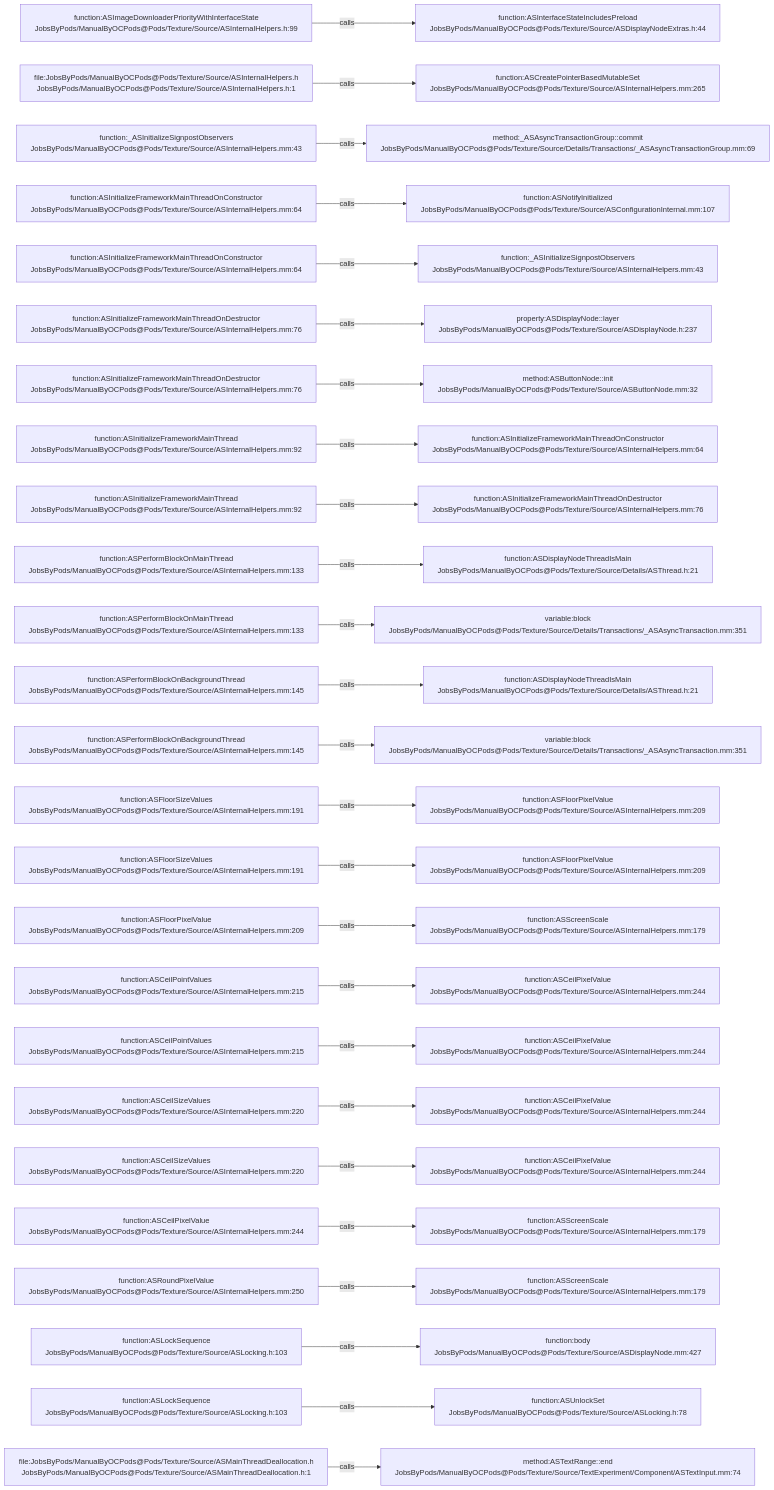
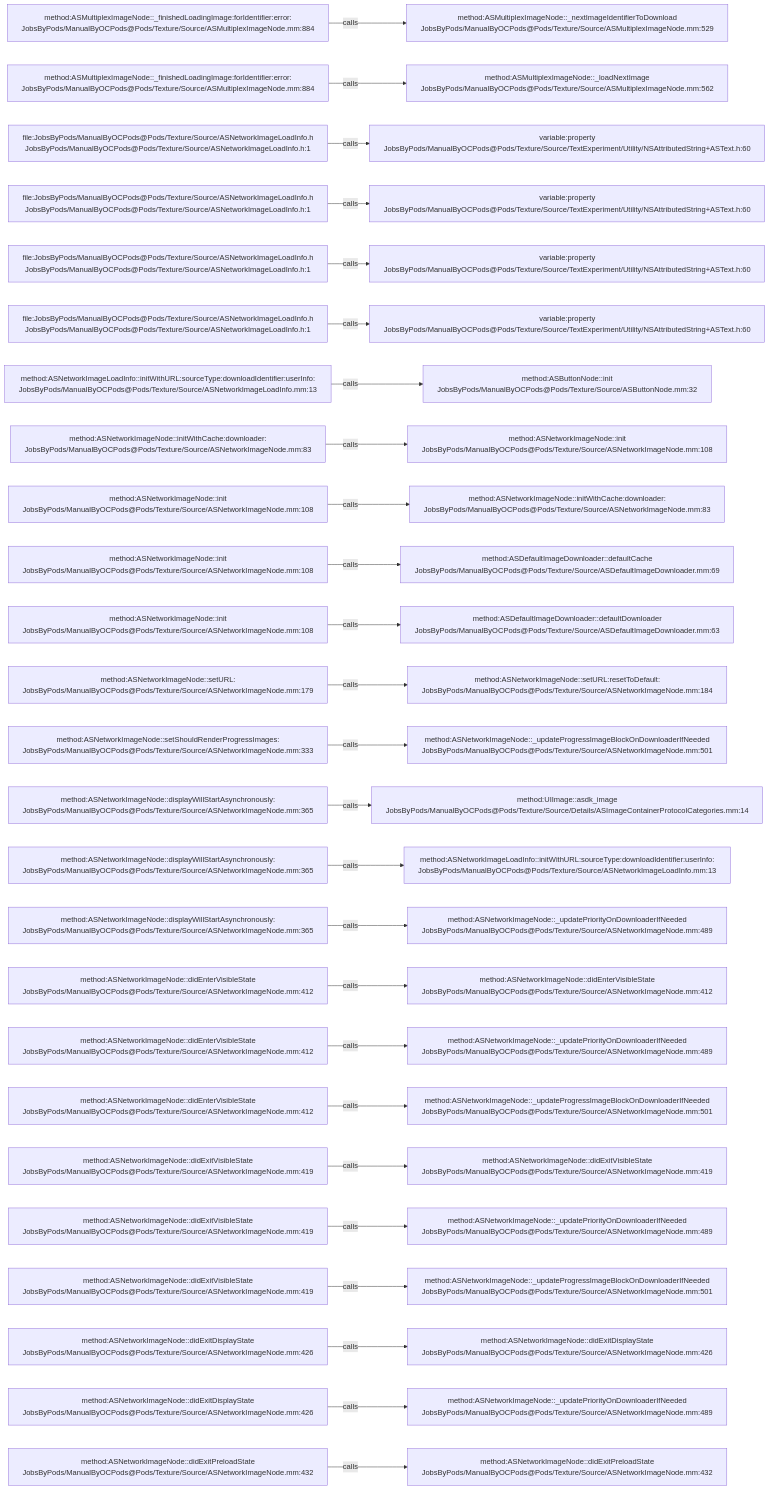
The diagram in .codegraph/codegraph.md/graphs/calls-109.md (JobsKits/JobsOCBaseConfigDemo), drawn with Mermaid before and after one commit. The commit also changed 1448 other files, not shown here.

````diff
--- a/.codegraph/codegraph.md/graphs/calls-109.md
+++ b/.codegraph/codegraph.md/graphs/calls-109.md
@@ -13,78 +13,78 @@
 ```mermaid
 flowchart LR
-  S1["function:ASImageDownloaderPriorityWithInterfaceState<br/>JobsByPods/ManualByOCPods@Pods/Texture/Source/ASInternalHelpers.h:99"]
-  T1["function:ASInterfaceStateIncludesPreload<br/>JobsByPods/ManualByOCPods@Pods/Texture/Source/ASDisplayNodeExtras.h:44"]
+  S1["method:ASMultiplexImageNode::_finishedLoadingImage:forIdentifier:error:<br/>JobsByPods/ManualByOCPods@Pods/Texture/Source/ASMultiplexImageNode.mm:884"]
+  T1["method:ASMultiplexImageNode::_nextImageIdentifierToDownload<br/>JobsByPods/ManualByOCPods@Pods/Texture/Source/ASMultiplexImageNode.mm:529"]
   S1 -->|calls| T1
-  S2["file:JobsByPods/ManualByOCPods@Pods/Texture/Source/ASInternalHelpers.h<br/>JobsByPods/ManualByOCPods@Pods/Texture/Source/ASInternalHelpers.h:1"]
-  T2["function:ASCreatePointerBasedMutableSet<br/>JobsByPods/ManualByOCPods@Pods/Texture/Source/ASInternalHelpers.mm:265"]
+  S2["method:ASMultiplexImageNode::_finishedLoadingImage:forIdentifier:error:<br/>JobsByPods/ManualByOCPods@Pods/Texture/Source/ASMultiplexImageNode.mm:884"]
+  T2["method:ASMultiplexImageNode::_loadNextImage<br/>JobsByPods/ManualByOCPods@Pods/Texture/Source/ASMultiplexImageNode.mm:562"]
   S2 -->|calls| T2
-  S3["function:_ASInitializeSignpostObservers<br/>JobsByPods/ManualByOCPods@Pods/Texture/Source/ASInternalHelpers.mm:43"]
-  T3["method:_ASAsyncTransactionGroup::commit<br/>JobsByPods/ManualByOCPods@Pods/Texture/Source/Details/Transactions/_ASAsyncTransactionGroup.mm:69"]
+  S3["file:JobsByPods/ManualByOCPods@Pods/Texture/Source/ASNetworkImageLoadInfo.h<br/>JobsByPods/ManualByOCPods@Pods/Texture/Source/ASNetworkImageLoadInfo.h:1"]
+  T3["variable:property<br/>JobsByPods/ManualByOCPods@Pods/Texture/Source/TextExperiment/Utility/NSAttributedString+ASText.h:60"]
   S3 -->|calls| T3
-  S4["function:ASInitializeFrameworkMainThreadOnConstructor<br/>JobsByPods/ManualByOCPods@Pods/Texture/Source/ASInternalHelpers.mm:64"]
-  T4["function:ASNotifyInitialized<br/>JobsByPods/ManualByOCPods@Pods/Texture/Source/ASConfigurationInternal.mm:107"]
+  S4["file:JobsByPods/ManualByOCPods@Pods/Texture/Source/ASNetworkImageLoadInfo.h<br/>JobsByPods/ManualByOCPods@Pods/Texture/Source/ASNetworkImageLoadInfo.h:1"]
+  T4["variable:property<br/>JobsByPods/ManualByOCPods@Pods/Texture/Source/TextExperiment/Utility/NSAttributedString+ASText.h:60"]
   S4 -->|calls| T4
-  S5["function:ASInitializeFrameworkMainThreadOnConstructor<br/>JobsByPods/ManualByOCPods@Pods/Texture/Source/ASInternalHelpers.mm:64"]
-  T5["function:_ASInitializeSignpostObservers<br/>JobsByPods/ManualByOCPods@Pods/Texture/Source/ASInternalHelpers.mm:43"]
+  S5["file:JobsByPods/ManualByOCPods@Pods/Texture/Source/ASNetworkImageLoadInfo.h<br/>JobsByPods/ManualByOCPods@Pods/Texture/Source/ASNetworkImageLoadInfo.h:1"]
+  T5["variable:property<br/>JobsByPods/ManualByOCPods@Pods/Texture/Source/TextExperiment/Utility/NSAttributedString+ASText.h:60"]
   S5 -->|calls| T5
-  S6["function:ASInitializeFrameworkMainThreadOnDestructor<br/>JobsByPods/ManualByOCPods@Pods/Texture/Source/ASInternalHelpers.mm:76"]
-  T6["property:ASDisplayNode::layer<br/>JobsByPods/ManualByOCPods@Pods/Texture/Source/ASDisplayNode.h:237"]
+  S6["file:JobsByPods/ManualByOCPods@Pods/Texture/Source/ASNetworkImageLoadInfo.h<br/>JobsByPods/ManualByOCPods@Pods/Texture/Source/ASNetworkImageLoadInfo.h:1"]
+  T6["variable:property<br/>JobsByPods/ManualByOCPods@Pods/Texture/Source/TextExperiment/Utility/NSAttributedString+ASText.h:60"]
   S6 -->|calls| T6
-  S7["function:ASInitializeFrameworkMainThreadOnDestructor<br/>JobsByPods/ManualByOCPods@Pods/Texture/Source/ASInternalHelpers.mm:76"]
+  S7["method:ASNetworkImageLoadInfo::initWithURL:sourceType:downloadIdentifier:userInfo:<br/>JobsByPods/ManualByOCPods@Pods/Texture/Source/ASNetworkImageLoadInfo.mm:13"]
   T7["method:ASButtonNode::init<br/>JobsByPods/ManualByOCPods@Pods/Texture/Source/ASButtonNode.mm:32"]
   S7 -->|calls| T7
-  S8["function:ASInitializeFrameworkMainThread<br/>JobsByPods/ManualByOCPods@Pods/Texture/Source/ASInternalHelpers.mm:92"]
-  T8["function:ASInitializeFrameworkMainThreadOnConstructor<br/>JobsByPods/ManualByOCPods@Pods/Texture/Source/ASInternalHelpers.mm:64"]
+  S8["method:ASNetworkImageNode::initWithCache:downloader:<br/>JobsByPods/ManualByOCPods@Pods/Texture/Source/ASNetworkImageNode.mm:83"]
+  T8["method:ASNetworkImageNode::init<br/>JobsByPods/ManualByOCPods@Pods/Texture/Source/ASNetworkImageNode.mm:108"]
   S8 -->|calls| T8
-  S9["function:ASInitializeFrameworkMainThread<br/>JobsByPods/ManualByOCPods@Pods/Texture/Source/ASInternalHelpers.mm:92"]
-  T9["function:ASInitializeFrameworkMainThreadOnDestructor<br/>JobsByPods/ManualByOCPods@Pods/Texture/Source/ASInternalHelpers.mm:76"]
+  S9["method:ASNetworkImageNode::init<br/>JobsByPods/ManualByOCPods@Pods/Texture/Source/ASNetworkImageNode.mm:108"]
+  T9["method:ASNetworkImageNode::initWithCache:downloader:<br/>JobsByPods/ManualByOCPods@Pods/Texture/Source/ASNetworkImageNode.mm:83"]
   S9 -->|calls| T9
-  S10["function:ASPerformBlockOnMainThread<br/>JobsByPods/ManualByOCPods@Pods/Texture/Source/ASInternalHelpers.mm:133"]
-  T10["function:ASDisplayNodeThreadIsMain<br/>JobsByPods/ManualByOCPods@Pods/Texture/Source/Details/ASThread.h:21"]
+  S10["method:ASNetworkImageNode::init<br/>JobsByPods/ManualByOCPods@Pods/Texture/Source/ASNetworkImageNode.mm:108"]
+  T10["method:ASDefaultImageDownloader::defaultCache<br/>JobsByPods/ManualByOCPods@Pods/Texture/Source/ASDefaultImageDownloader.mm:69"]
   S10 -->|calls| T10
-  S11["function:ASPerformBlockOnMainThread<br/>JobsByPods/ManualByOCPods@Pods/Texture/Source/ASInternalHelpers.mm:133"]
-  T11["variable:block<br/>JobsByPods/ManualByOCPods@Pods/Texture/Source/Details/Transactions/_ASAsyncTransaction.mm:351"]
+  S11["method:ASNetworkImageNode::init<br/>JobsByPods/ManualByOCPods@Pods/Texture/Source/ASNetworkImageNode.mm:108"]
+  T11["method:ASDefaultImageDownloader::defaultDownloader<br/>JobsByPods/ManualByOCPods@Pods/Texture/Source/ASDefaultImageDownloader.mm:63"]
   S11 -->|calls| T11
-  S12["function:ASPerformBlockOnBackgroundThread<br/>JobsByPods/ManualByOCPods@Pods/Texture/Source/ASInternalHelpers.mm:145"]
-  T12["function:ASDisplayNodeThreadIsMain<br/>JobsByPods/ManualByOCPods@Pods/Texture/Source/Details/ASThread.h:21"]
+  S12["method:ASNetworkImageNode::setURL:<br/>JobsByPods/ManualByOCPods@Pods/Texture/Source/ASNetworkImageNode.mm:179"]
+  T12["method:ASNetworkImageNode::setURL:resetToDefault:<br/>JobsByPods/ManualByOCPods@Pods/Texture/Source/ASNetworkImageNode.mm:184"]
   S12 -->|calls| T12
-  S13["function:ASPerformBlockOnBackgroundThread<br/>JobsByPods/ManualByOCPods@Pods/Texture/Source/ASInternalHelpers.mm:145"]
-  T13["variable:block<br/>JobsByPods/ManualByOCPods@Pods/Texture/Source/Details/Transactions/_ASAsyncTransaction.mm:351"]
+  S13["method:ASNetworkImageNode::setShouldRenderProgressImages:<br/>JobsByPods/ManualByOCPods@Pods/Texture/Source/ASNetworkImageNode.mm:333"]
+  T13["method:ASNetworkImageNode::_updateProgressImageBlockOnDownloaderIfNeeded<br/>JobsByPods/ManualByOCPods@Pods/Texture/Source/ASNetworkImageNode.mm:501"]
   S13 -->|calls| T13
-  S14["function:ASFloorSizeValues<br/>JobsByPods/ManualByOCPods@Pods/Texture/Source/ASInternalHelpers.mm:191"]
-  T14["function:ASFloorPixelValue<br/>JobsByPods/ManualByOCPods@Pods/Texture/Source/ASInternalHelpers.mm:209"]
+  S14["method:ASNetworkImageNode::displayWillStartAsynchronously:<br/>JobsByPods/ManualByOCPods@Pods/Texture/Source/ASNetworkImageNode.mm:365"]
+  T14["method:UIImage::asdk_image<br/>JobsByPods/ManualByOCPods@Pods/Texture/Source/Details/ASImageContainerProtocolCategories.mm:14"]
   S14 -->|calls| T14
-  S15["function:ASFloorSizeValues<br/>JobsByPods/ManualByOCPods@Pods/Texture/Source/ASInternalHelpers.mm:191"]
-  T15["function:ASFloorPixelValue<br/>JobsByPods/ManualByOCPods@Pods/Texture/Source/ASInternalHelpers.mm:209"]
+  S15["method:ASNetworkImageNode::displayWillStartAsynchronously:<br/>JobsByPods/ManualByOCPods@Pods/Texture/Source/ASNetworkImageNode.mm:365"]
+  T15["method:ASNetworkImageLoadInfo::initWithURL:sourceType:downloadIdentifier:userInfo:<br/>JobsByPods/ManualByOCPods@Pods/Texture/Source/ASNetworkImageLoadInfo.mm:13"]
   S15 -->|calls| T15
-  S16["function:ASFloorPixelValue<br/>JobsByPods/ManualByOCPods@Pods/Texture/Source/ASInternalHelpers.mm:209"]
-  T16["function:ASScreenScale<br/>JobsByPods/ManualByOCPods@Pods/Texture/Source/ASInternalHelpers.mm:179"]
+  S16["method:ASNetworkImageNode::displayWillStartAsynchronously:<br/>JobsByPods/ManualByOCPods@Pods/Texture/Source/ASNetworkImageNode.mm:365"]
+  T16["method:ASNetworkImageNode::_updatePriorityOnDownloaderIfNeeded<br/>JobsByPods/ManualByOCPods@Pods/Texture/Source/ASNetworkImageNode.mm:489"]
   S16 -->|calls| T16
-  S17["function:ASCeilPointValues<br/>JobsByPods/ManualByOCPods@Pods/Texture/Source/ASInternalHelpers.mm:215"]
-  T17["function:ASCeilPixelValue<br/>JobsByPods/ManualByOCPods@Pods/Texture/Source/ASInternalHelpers.mm:244"]
+  S17["method:ASNetworkImageNode::didEnterVisibleState<br/>JobsByPods/ManualByOCPods@Pods/Texture/Source/ASNetworkImageNode.mm:412"]
+  T17["method:ASNetworkImageNode::didEnterVisibleState<br/>JobsByPods/ManualByOCPods@Pods/Texture/Source/ASNetworkImageNode.mm:412"]
   S17 -->|calls| T17
-  S18["function:ASCeilPointValues<br/>JobsByPods/ManualByOCPods@Pods/Texture/Source/ASInternalHelpers.mm:215"]
-  T18["function:ASCeilPixelValue<br/>JobsByPods/ManualByOCPods@Pods/Texture/Source/ASInternalHelpers.mm:244"]
+  S18["method:ASNetworkImageNode::didEnterVisibleState<br/>JobsByPods/ManualByOCPods@Pods/Texture/Source/ASNetworkImageNode.mm:412"]
+  T18["method:ASNetworkImageNode::_updatePriorityOnDownloaderIfNeeded<br/>JobsByPods/ManualByOCPods@Pods/Texture/Source/ASNetworkImageNode.mm:489"]
   S18 -->|calls| T18
-  S19["function:ASCeilSizeValues<br/>JobsByPods/ManualByOCPods@Pods/Texture/Source/ASInternalHelpers.mm:220"]
-  T19["function:ASCeilPixelValue<br/>JobsByPods/ManualByOCPods@Pods/Texture/Source/ASInternalHelpers.mm:244"]
+  S19["method:ASNetworkImageNode::didEnterVisibleState<br/>JobsByPods/ManualByOCPods@Pods/Texture/Source/ASNetworkImageNode.mm:412"]
+  T19["method:ASNetworkImageNode::_updateProgressImageBlockOnDownloaderIfNeeded<br/>JobsByPods/ManualByOCPods@Pods/Texture/Source/ASNetworkImageNode.mm:501"]
   S19 -->|calls| T19
-  S20["function:ASCeilSizeValues<br/>JobsByPods/ManualByOCPods@Pods/Texture/Source/ASInternalHelpers.mm:220"]
-  T20["function:ASCeilPixelValue<br/>JobsByPods/ManualByOCPods@Pods/Texture/Source/ASInternalHelpers.mm:244"]
+  S20["method:ASNetworkImageNode::didExitVisibleState<br/>JobsByPods/ManualByOCPods@Pods/Texture/Source/ASNetworkImageNode.mm:419"]
+  T20["method:ASNetworkImageNode::didExitVisibleState<br/>JobsByPods/ManualByOCPods@Pods/Texture/Source/ASNetworkImageNode.mm:419"]
   S20 -->|calls| T20
-  S21["function:ASCeilPixelValue<br/>JobsByPods/ManualByOCPods@Pods/Texture/Source/ASInternalHelpers.mm:244"]
-  T21["function:ASScreenScale<br/>JobsByPods/ManualByOCPods@Pods/Texture/Source/ASInternalHelpers.mm:179"]
+  S21["method:ASNetworkImageNode::didExitVisibleState<br/>JobsByPods/ManualByOCPods@Pods/Texture/Source/ASNetworkImageNode.mm:419"]
+  T21["method:ASNetworkImageNode::_updatePriorityOnDownloaderIfNeeded<br/>JobsByPods/ManualByOCPods@Pods/Texture/Source/ASNetworkImageNode.mm:489"]
   S21 -->|calls| T21
-  S22["function:ASRoundPixelValue<br/>JobsByPods/ManualByOCPods@Pods/Texture/Source/ASInternalHelpers.mm:250"]
-  T22["function:ASScreenScale<br/>JobsByPods/ManualByOCPods@Pods/Texture/Source/ASInternalHelpers.mm:179"]
+  S22["method:ASNetworkImageNode::didExitVisibleState<br/>JobsByPods/ManualByOCPods@Pods/Texture/Source/ASNetworkImageNode.mm:419"]
+  T22["method:ASNetworkImageNode::_updateProgressImageBlockOnDownloaderIfNeeded<br/>JobsByPods/ManualByOCPods@Pods/Texture/Source/ASNetworkImageNode.mm:501"]
   S22 -->|calls| T22
-  S23["function:ASLockSequence<br/>JobsByPods/ManualByOCPods@Pods/Texture/Source/ASLocking.h:103"]
-  T23["function:body<br/>JobsByPods/ManualByOCPods@Pods/Texture/Source/ASDisplayNode.mm:427"]
+  S23["method:ASNetworkImageNode::didExitDisplayState<br/>JobsByPods/ManualByOCPods@Pods/Texture/Source/ASNetworkImageNode.mm:426"]
+  T23["method:ASNetworkImageNode::didExitDisplayState<br/>JobsByPods/ManualByOCPods@Pods/Texture/Source/ASNetworkImageNode.mm:426"]
   S23 -->|calls| T23
-  S24["function:ASLockSequence<br/>JobsByPods/ManualByOCPods@Pods/Texture/Source/ASLocking.h:103"]
-  T24["function:ASUnlockSet<br/>JobsByPods/ManualByOCPods@Pods/Texture/Source/ASLocking.h:78"]
+  S24["method:ASNetworkImageNode::didExitDisplayState<br/>JobsByPods/ManualByOCPods@Pods/Texture/Source/ASNetworkImageNode.mm:426"]
+  T24["method:ASNetworkImageNode::_updatePriorityOnDownloaderIfNeeded<br/>JobsByPods/ManualByOCPods@Pods/Texture/Source/ASNetworkImageNode.mm:489"]
   S24 -->|calls| T24
-  S25["file:JobsByPods/ManualByOCPods@Pods/Texture/Source/ASMainThreadDeallocation.h<br/>JobsByPods/ManualByOCPods@Pods/Texture/Source/ASMainThreadDeallocation.h:1"]
-  T25["method:ASTextRange::end<br/>JobsByPods/ManualByOCPods@Pods/Texture/Source/TextExperiment/Component/ASTextInput.mm:74"]
+  S25["method:ASNetworkImageNode::didExitPreloadState<br/>JobsByPods/ManualByOCPods@Pods/Texture/Source/ASNetworkImageNode.mm:432"]
+  T25["method:ASNetworkImageNode::didExitPreloadState<br/>JobsByPods/ManualByOCPods@Pods/Texture/Source/ASNetworkImageNode.mm:432"]
   S25 -->|calls| T25
 ```
````
